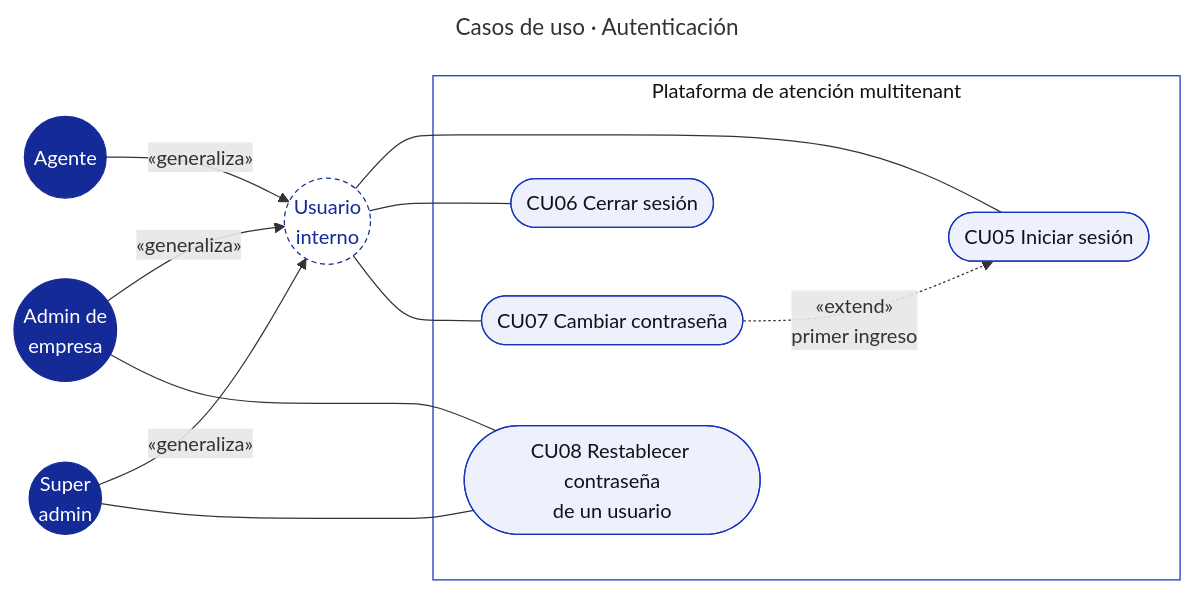
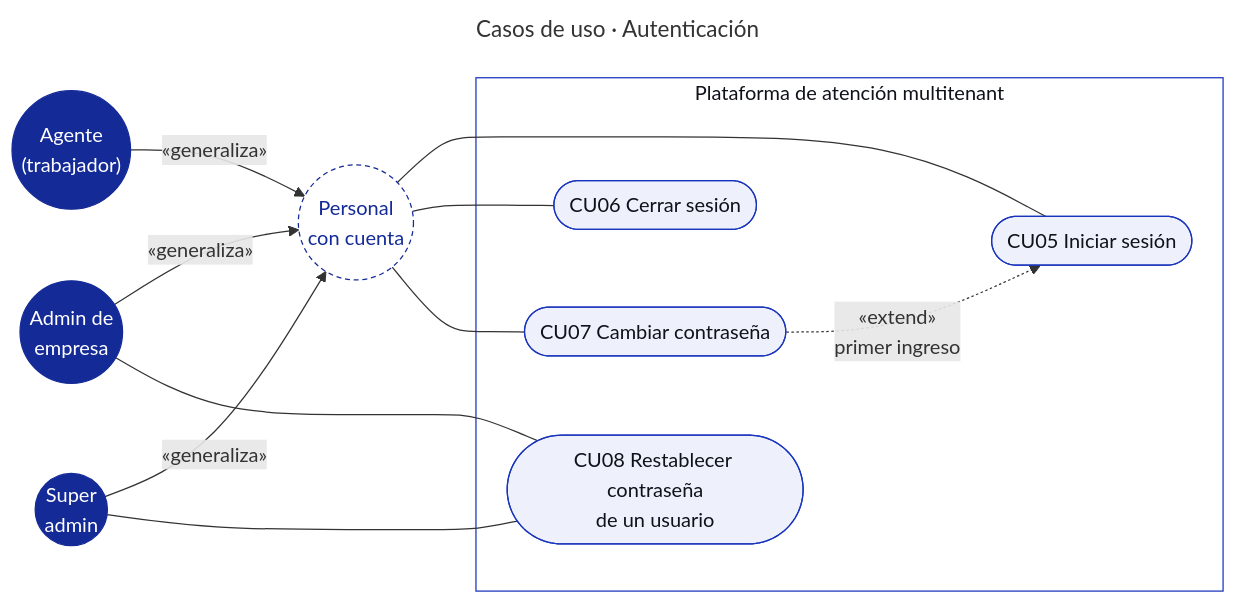
Before and after one commit to GerardoGM14/app-tesis-chatbot: the diagram in docs/02-uml/casos-de-uso/02-autenticacion.md, drawn with Mermaid. The commit also changed other lines of this file and 28 other files, not shown here.

Commit message:
docs: casos de uso, secuencias y modelo de datos con personal con cuenta

````diff
--- a/docs/02-uml/casos-de-uso/02-autenticacion.md
+++ b/docs/02-uml/casos-de-uso/02-autenticacion.md
@@ -5,36 +5,36 @@
 ```mermaid
 ---
 title: "Casos de uso · Autenticación"
 ---
 flowchart LR
-  UI(("Usuario<br/>interno"))
-  AG(("Agente"))
+  UI(("Personal<br/>con cuenta"))
+  AG(("Agente<br/>(trabajador)"))
   AD(("Admin de<br/>empresa"))
   SA(("Super<br/>admin"))
 
   AG -- "«generaliza»" --> UI
   AD -- "«generaliza»" --> UI
   SA -- "«generaliza»" --> UI
 
   subgraph SYS["Plataforma de atención multitenant"]
     UC05(["CU05 Iniciar sesión"])
     UC06(["CU06 Cerrar sesión"])
     UC07(["CU07 Cambiar contraseña"])
     UC08(["CU08 Restablecer contraseña<br/>de un usuario"])
   end
 
   UI --- UC05
   UI --- UC06
   UI --- UC07
   UC07 -. "«extend»<br/>primer ingreso" .-> UC05
   AD --- UC08
   SA --- UC08
 
   classDef actor fill:#142A97,stroke:#142A97,color:#FFFFFF
   classDef abstract fill:#FFFFFF,stroke:#142A97,color:#142A97,stroke-dasharray:4 3
   classDef usecase fill:#EEF1FC,stroke:#1834BC,color:#0F1219
   class AG,AD,SA actor
   class UI abstract
   class UC05,UC06,UC07,UC08 usecase
   style SYS fill:#FFFFFF,stroke:#1834BC,color:#0F1219
 ```
````
